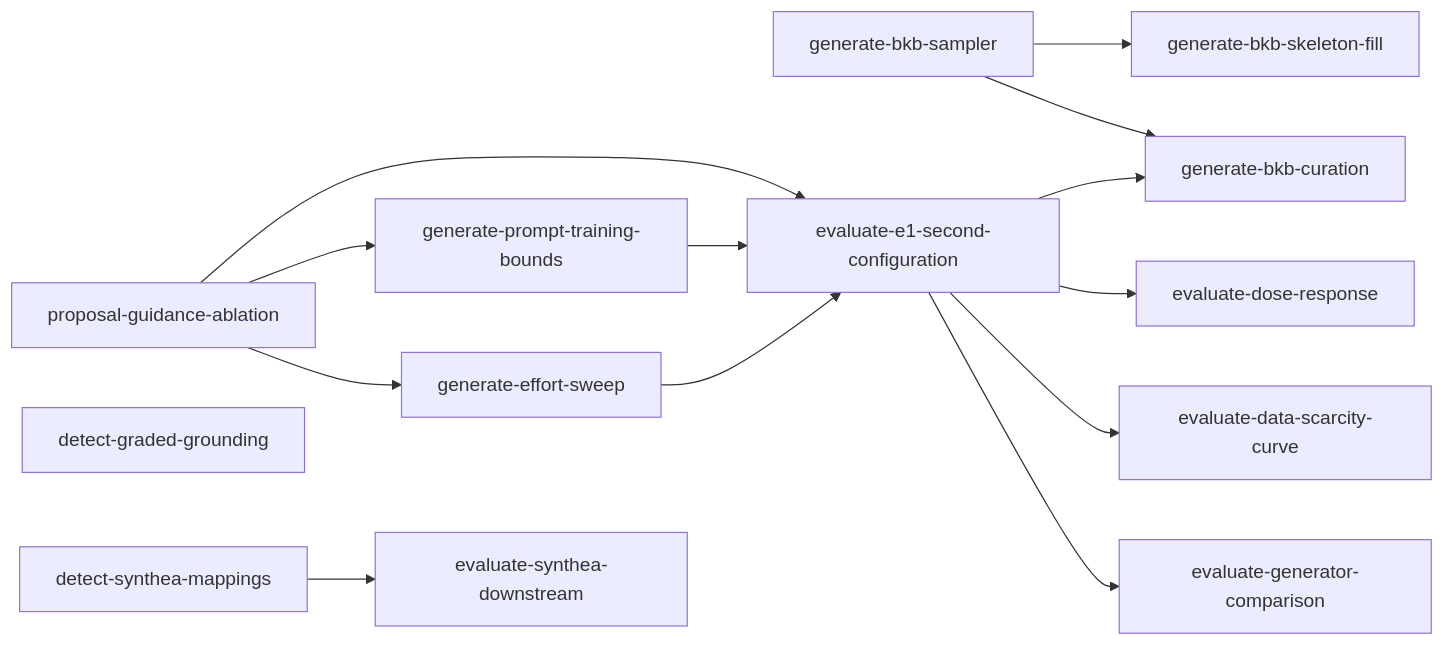
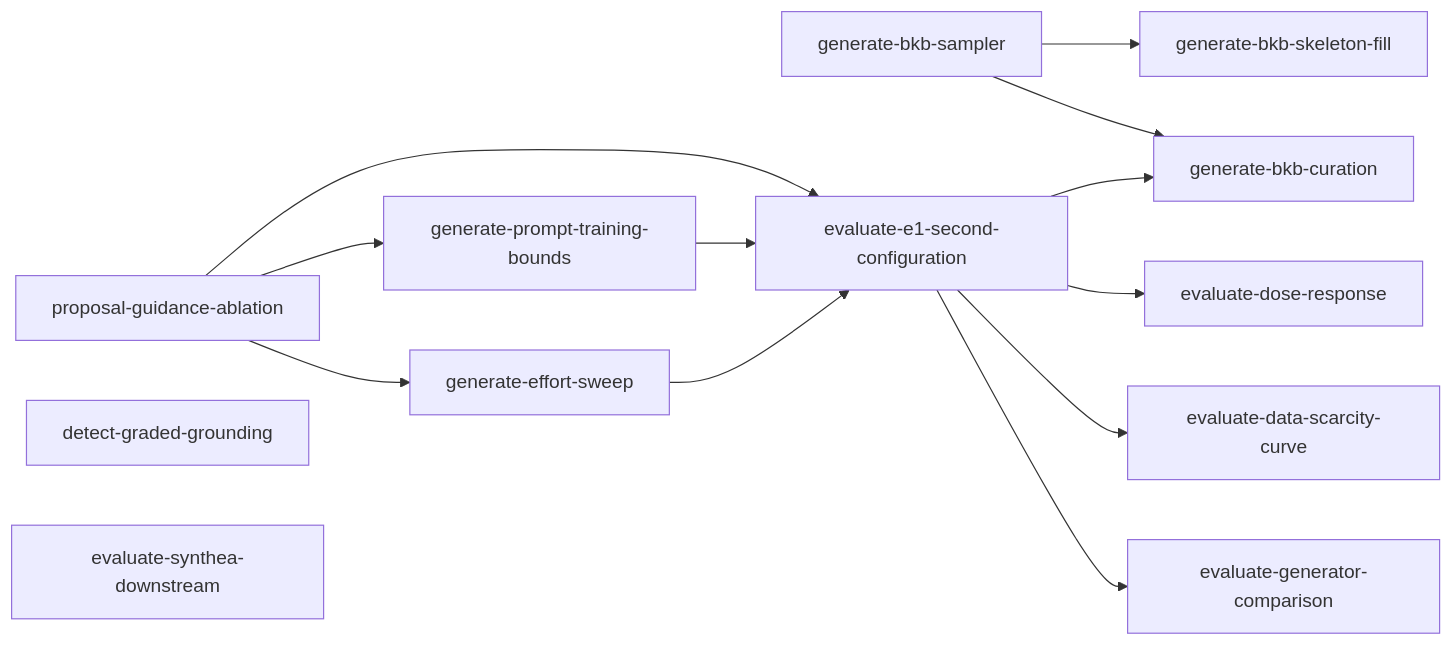
Before and after one commit to joe-dartmouth/synthetic: the diagram in tasks/experiments-index.md, drawn with Mermaid. The commit also changed other lines of this file and 17 other files, not shown here.

````diff
--- a/tasks/experiments-index.md
+++ b/tasks/experiments-index.md
@@ -45,16 +44,16 @@
 ```mermaid
 flowchart LR
     bkb_sampler[generate-bkb-sampler] --> skeleton_fill[generate-bkb-skeleton-fill]
     bkb_sampler[generate-bkb-sampler] --> bkb_curation[generate-bkb-curation]
     e1_second[evaluate-e1-second-configuration] --> bkb_curation[generate-bkb-curation]
     guidance_ablation[proposal-guidance-ablation] --> e1_second[evaluate-e1-second-configuration]
     guidance_ablation[proposal-guidance-ablation] --> prompt_bounds[generate-prompt-training-bounds]
     guidance_ablation[proposal-guidance-ablation] --> effort_sweep[generate-effort-sweep]
     prompt_bounds[generate-prompt-training-bounds] --> e1_second[evaluate-e1-second-configuration]
     effort_sweep[generate-effort-sweep] --> e1_second[evaluate-e1-second-configuration]
     e1_second[evaluate-e1-second-configuration] --> dose_response[evaluate-dose-response]
     e1_second[evaluate-e1-second-configuration] --> scarcity_curve[evaluate-data-scarcity-curve]
     e1_second[evaluate-e1-second-configuration] --> generator_comparison[evaluate-generator-comparison]
     graded_grounding[detect-graded-grounding]
-    synthea_mappings[detect-synthea-mappings] --> synthea_downstream[evaluate-synthea-downstream]
+    synthea_downstream[evaluate-synthea-downstream]
 ```
````
